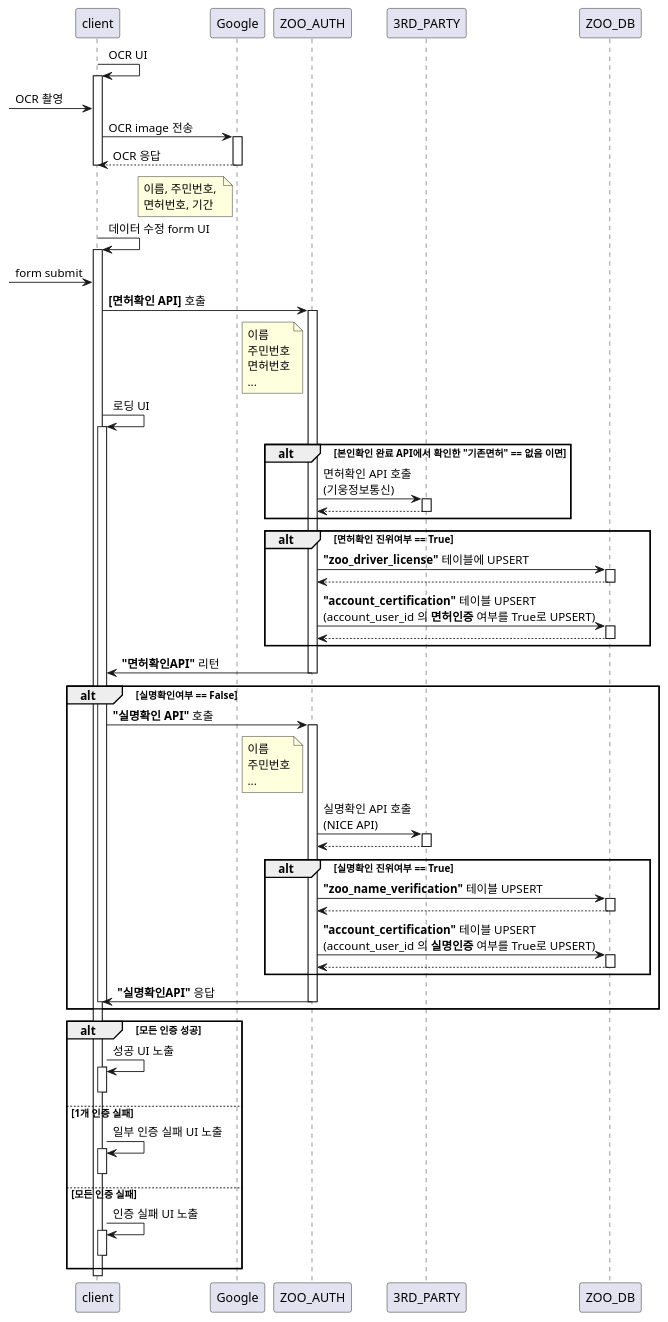
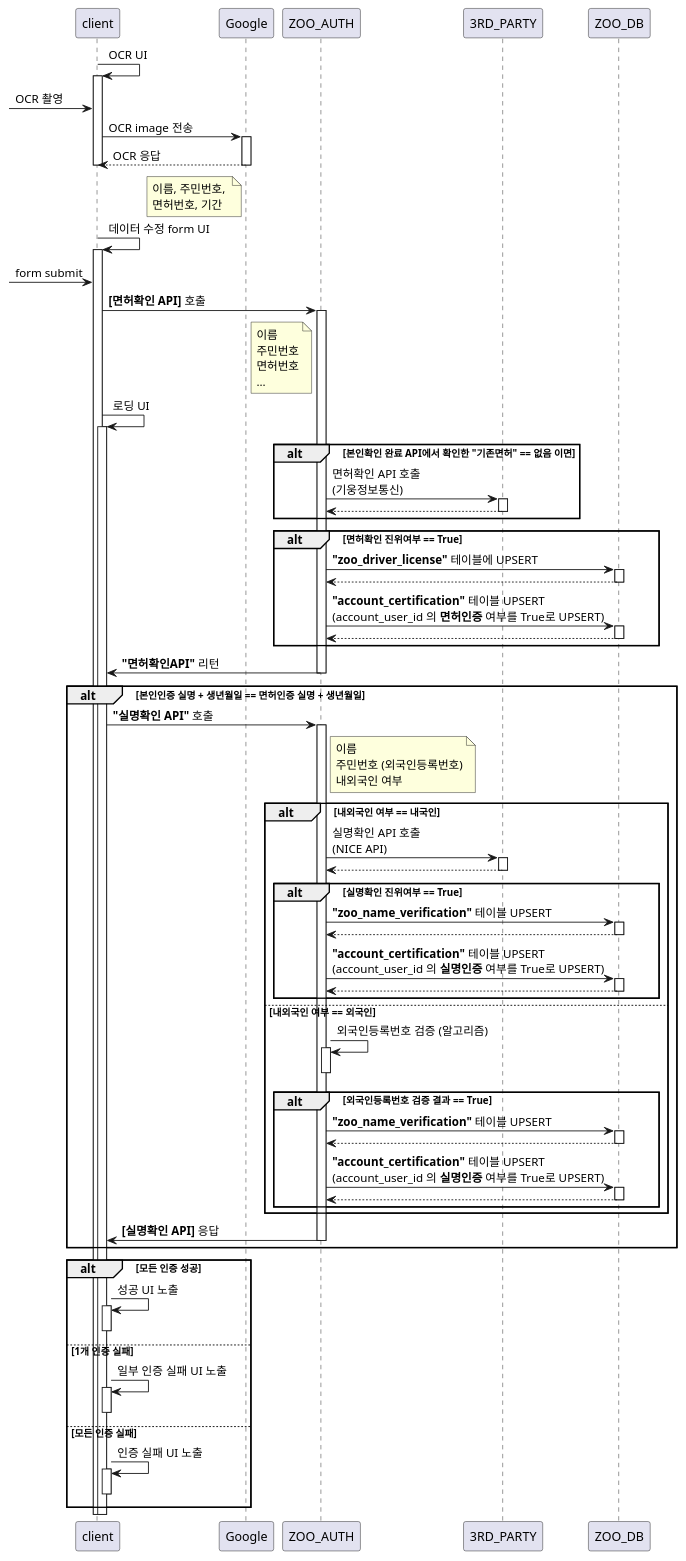
The diagram in uml/rider_certify/license-verification.puml (junhoo-barogo/junhoo-barogo.github.io), drawn with PlantUML before and after one commit. The commit also changed 13 other files, not shown here.

```diff
--- a/uml/rider_certify/license-verification.puml
+++ b/uml/rider_certify/license-verification.puml
@@ -1,73 +1,79 @@
 
 client -> client++ : OCR UI
 [-> client : OCR 촬영
 client -> Google++ : OCR image 전송
 return OCR 응답
 note left of Google
     이름, 주민번호, 
     면허번호, 기간
 end note
 deactivate
 client -> client++ : 데이터 수정 form UI
 [-> client : form submit
 
 client -> ZOO_AUTH++ : **[면허확인 API]** 호출
 note left of ZOO_AUTH
     이름
     주민번호
     면허번호
     ...
 end note
 client -> client++ : 로딩 UI
 
 alt 본인확인 완료 API에서 확인한 "기존면허" == 없음 이면
     ZOO_AUTH -> 3RD_PARTY++ : 면허확인 API 호출\n(기웅정보통신)
     return
 end
 
 alt 면허확인 진위여부 == True
     ZOO_AUTH -> ZOO_DB++ : **"zoo_driver_license"** 테이블에 UPSERT
     return
 
     ZOO_AUTH -> ZOO_DB++ : **"account_certification"** 테이블 UPSERT\n(account_user_id 의 **면허인증** 여부를 True로 UPSERT)
     return
 end
 
-
 ZOO_AUTH -> client : **"면허확인API"** 리턴
 deactivate ZOO_AUTH
 
+alt 본인인증 실명 + 생년월일 == 면허인증 실명 + 생년월일
+    client -> ZOO_AUTH++ : **"실명확인 API"** 호출
+    note right of ZOO_AUTH
+        이름
+        주민번호 (외국인등록번호)
+        내외국인 여부
+    end note
+    alt 내외국인 여부 == 내국인
+        ZOO_AUTH -> 3RD_PARTY++ : 실명확인 API 호출\n(NICE API)
+        return
+        alt 실명확인 진위여부 == True
+            ZOO_AUTH -> ZOO_DB++ : **"zoo_name_verification"** 테이블 UPSERT
+            return
+            ZOO_AUTH -> ZOO_DB++ : **"account_certification"** 테이블 UPSERT\n(account_user_id 의 **실명인증** 여부를 True로 UPSERT)
+            return
+        end
+    else 내외국인 여부 == 외국인
+        ZOO_AUTH -> ZOO_AUTH++ : 외국인등록번호 검증 (알고리즘)
+        deactivate ZOO_AUTH
 
-alt 실명확인여부 == False 
-    client -> ZOO_AUTH++ : **"실명확인 API"** 호출
-    note left of ZOO_AUTH
-        이름
-        주민번호
-        ...
-    end note
-    ZOO_AUTH -> 3RD_PARTY++ : 실명확인 API 호출\n(NICE API)
-    return
-
-    alt 실명확인 진위여부 == True
-        ZOO_AUTH -> ZOO_DB++ : **"zoo_name_verification"** 테이블 UPSERT
-        return
-
-        ZOO_AUTH -> ZOO_DB++ : **"account_certification"** 테이블 UPSERT\n(account_user_id 의 **실명인증** 여부를 True로 UPSERT)
-        return
+        alt 외국인등록번호 검증 결과 == True
+            ZOO_AUTH -> ZOO_DB++ : **"zoo_name_verification"** 테이블 UPSERT
+            return
+            ZOO_AUTH -> ZOO_DB++ : **"account_certification"** 테이블 UPSERT\n(account_user_id 의 **실명인증** 여부를 True로 UPSERT)
+            return
+        end
     end
-
-    ZOO_AUTH -> client : **"실명확인API"** 응답
-    deactivate
-    deactivate client
+    ZOO_AUTH -> client : **[실명확인 API]** 응답
+deactivate
 end
 
 alt 모든 인증 성공
     client -> client++ : 성공 UI 노출
     deactivate
 else 1개 인증 실패
     client -> client++ : 일부 인증 실패 UI 노출
     deactivate
 else 모든 인증 실패
     client -> client++ : 인증 실패 UI 노출
     deactivate
 end
```
